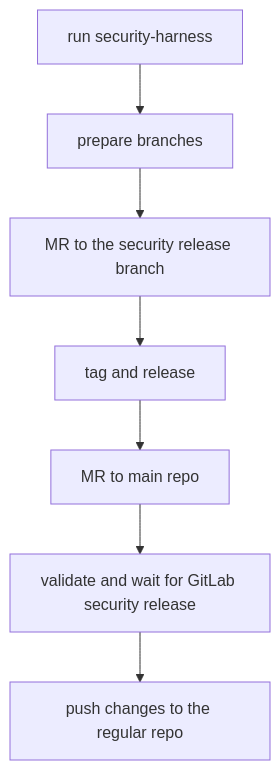
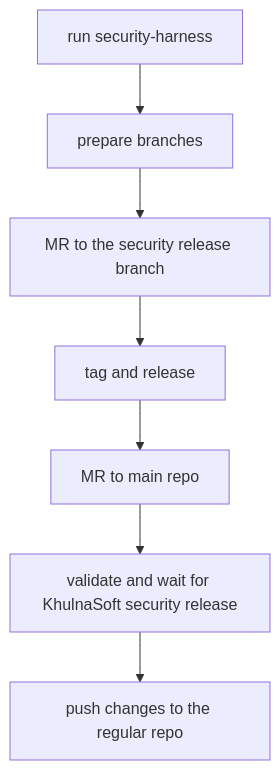
One commit to khulnasoft-bot/web-ide changed the diagram in docs/contributing/security-releases.md. Above: the diagram before and after it, drawn with Mermaid. The commit also changed other lines of this file and 41 other files, not shown here.

````diff
--- a/docs/contributing/security-releases.md
+++ b/docs/contributing/security-releases.md
@@ -27,9 +27,9 @@
 ```mermaid
 graph TD;
 A[run security-harness] --> B[prepare branches]
 B --> C[MR to the security release branch]
 C --> D[tag and release]
 D --> E[MR to main repo]
-E --> F[validate and wait for GitLab security release]
+E --> F[validate and wait for KhulnaSoft security release]
 F --> G[push changes to the regular repo]
 ```
````
